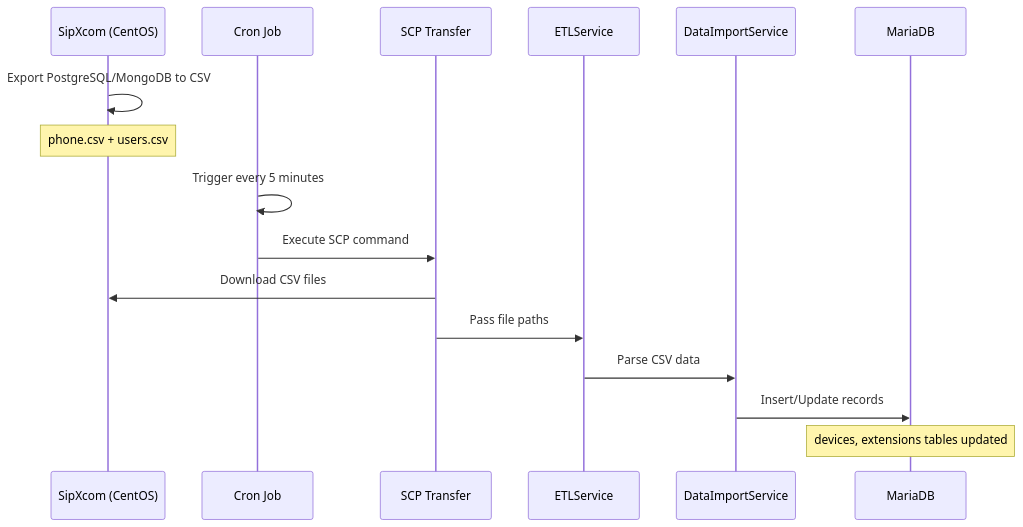
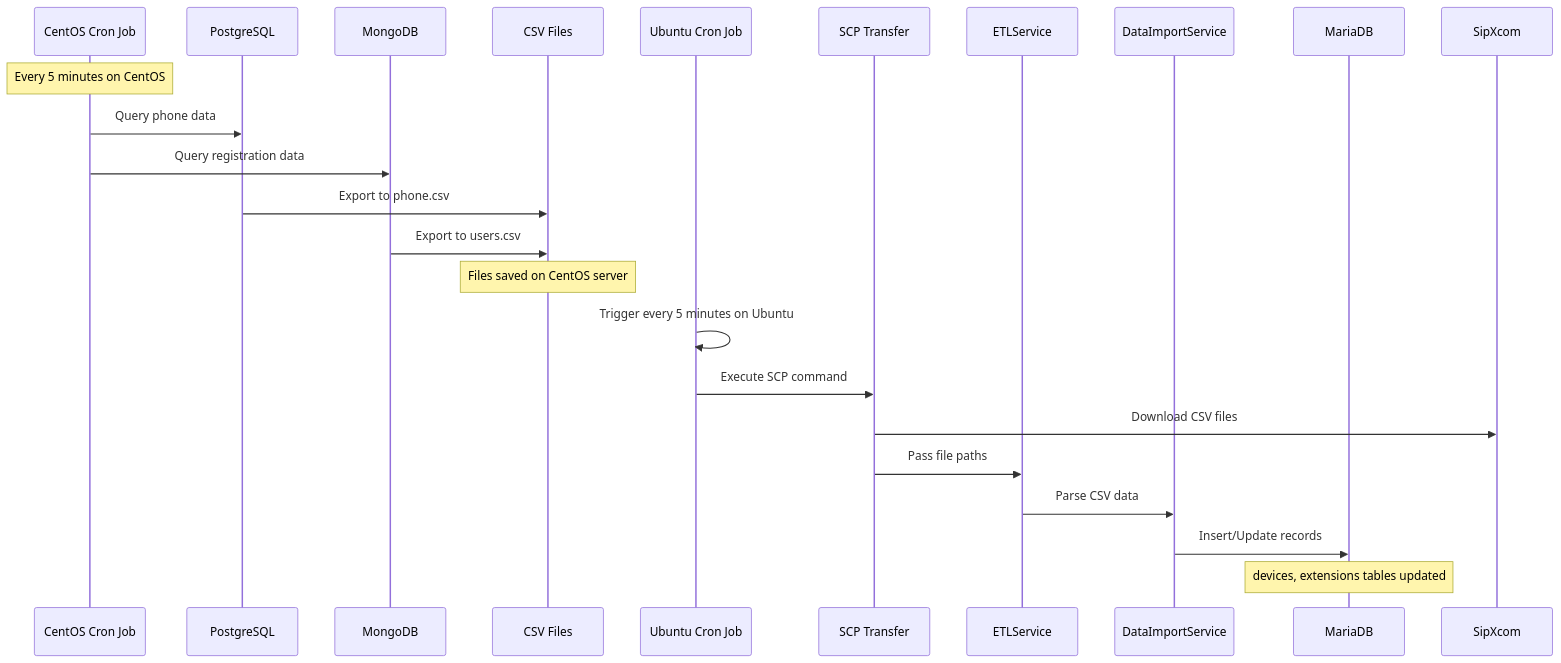
Before and after one commit to Gadiel99/uprm_voip_monitoring_system: the second of 8 diagrams in docs/ARCHITECTURE_MERMAID.md, drawn with Mermaid. The commit also changed other lines of this file, not shown here.

Commit message:
Enhance architecture documentation with detailed component interactions and clarify data ingestion flow

````diff
--- a/docs/ARCHITECTURE_MERMAID.md
+++ b/docs/ARCHITECTURE_MERMAID.md
@@ -108,19 +111,26 @@
 ```mermaid
 sequenceDiagram
-    participant SipXcom as SipXcom (CentOS)
-    participant Cron as Cron Job
+    participant CentosCron as CentOS Cron Job
+    participant PG as PostgreSQL
+    participant MG as MongoDB
+    participant CSV as CSV Files
+    participant Cron as Ubuntu Cron Job
     participant SCP as SCP Transfer
     participant ETL as ETLService
     participant Import as DataImportService
     participant DB as MariaDB
 
-    SipXcom->>SipXcom: Export PostgreSQL/MongoDB to CSV
-    Note over SipXcom: phone.csv + users.csv
-    Cron->>Cron: Trigger every 5 minutes
+    Note over CentosCron: Every 5 minutes on CentOS
+    CentosCron->>PG: Query phone data
+    CentosCron->>MG: Query registration data
+    PG->>CSV: Export to phone.csv
+    MG->>CSV: Export to users.csv
+    Note over CSV: Files saved on CentOS server
+    Cron->>Cron: Trigger every 5 minutes on Ubuntu
     Cron->>SCP: Execute SCP command
     SCP->>SipXcom: Download CSV files
     SCP->>ETL: Pass file paths
     ETL->>Import: Parse CSV data
     Import->>DB: Insert/Update records
     Note over DB: devices, extensions tables updated
 ```
````
